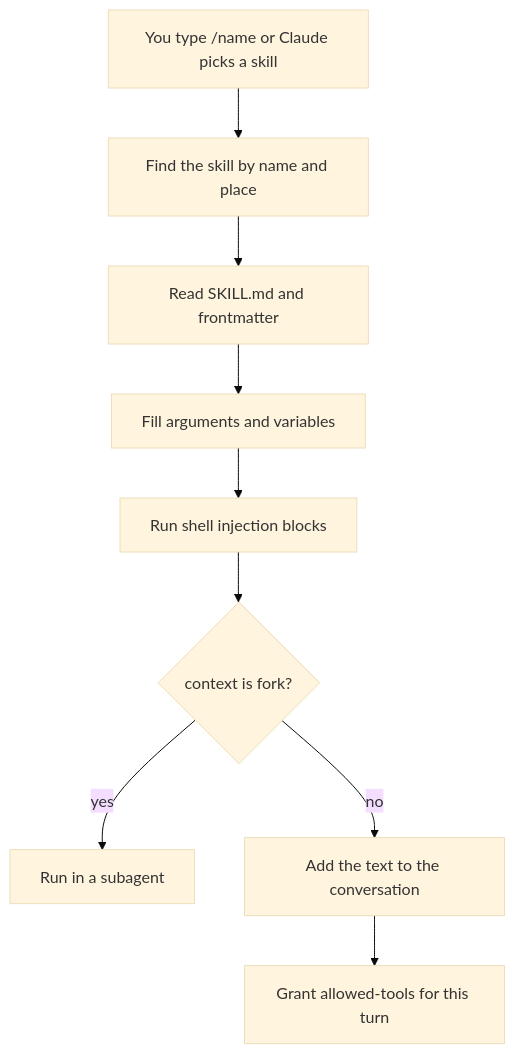
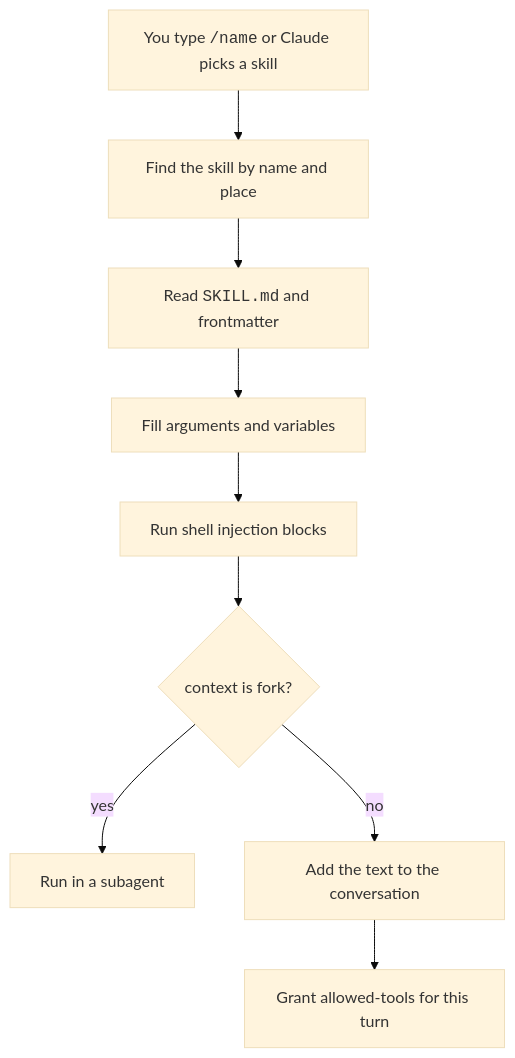
The diagram in docs/extend/skills-and-commands/index.md (xsyetopz/claude-code-docs), drawn with Mermaid (base theme) before and after one commit. The commit also changed other lines of this file and 164 other files, not shown here.

First line of the commit message:
docs: linked citations, yes/no markers, file trees, code in diagrams

````diff
--- a/docs/extend/skills-and-commands/index.md
+++ b/docs/extend/skills-and-commands/index.md
@@ -88,11 +88,11 @@
 ```mermaid
 flowchart TD
-    A[You type /name or Claude picks a skill] --> B[Find the skill by name and place]
-    B --> C[Read SKILL.md and frontmatter]
+    A["You type <code>/name</code> or Claude picks a skill"] --> B[Find the skill by name and place]
+    B --> C["Read <code>SKILL.md</code> and frontmatter"]
     C --> D[Fill arguments and variables]
     D --> E[Run shell injection blocks]
     E --> F{context is fork?}
     F -- yes --> G[Run in a subagent]
     F -- no --> H[Add the text to the conversation]
     H --> I[Grant allowed-tools for this turn]
 ```
````
